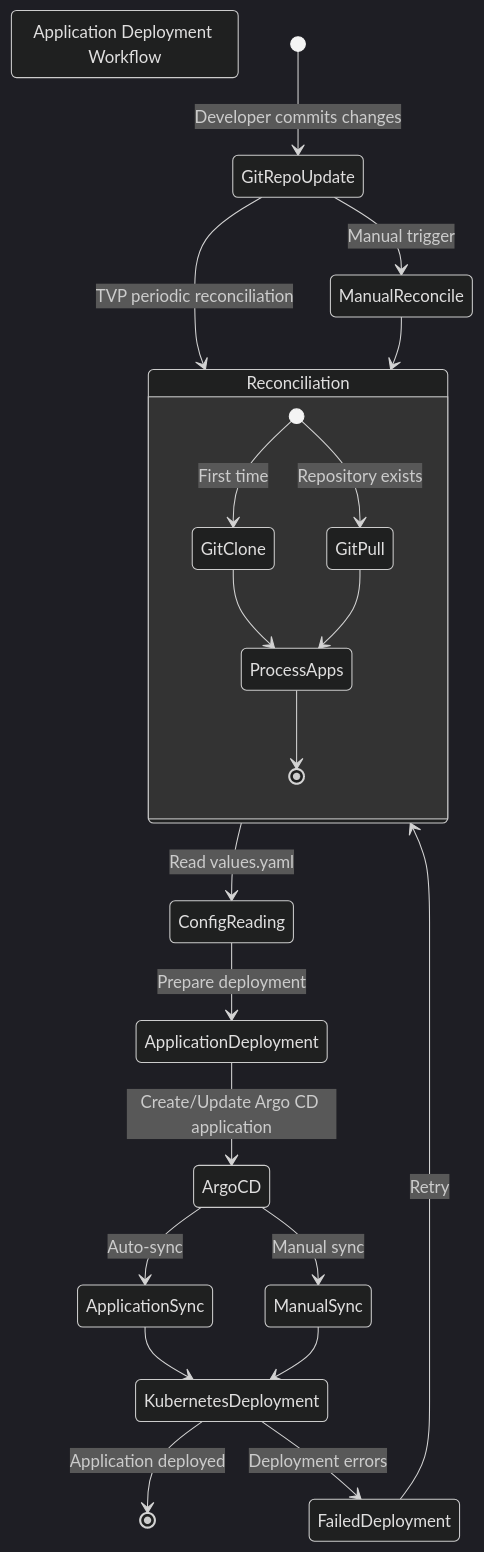
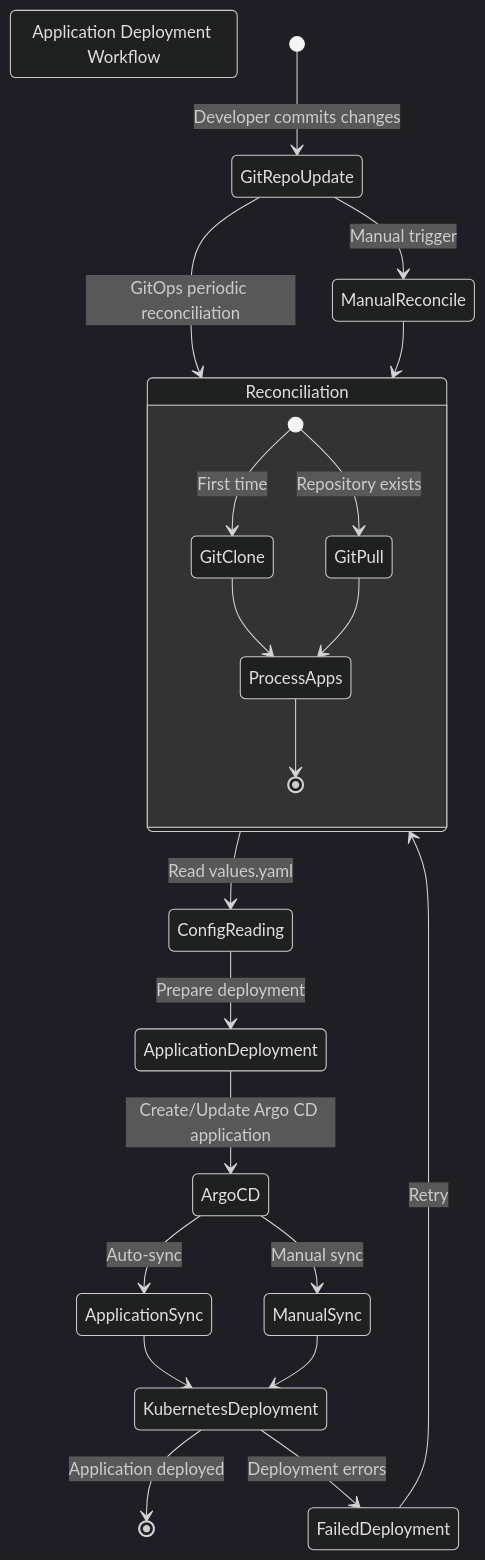
One commit to lloydchang/tvp-k8s changed the diagram in python/mermaid/app-deployment-workflow.mermaid. Above: the diagram before and after it, drawn with Mermaid (dark theme). The commit also changed 15 other files, not shown here.

```diff
--- a/python/mermaid/app-deployment-workflow.mermaid
+++ b/python/mermaid/app-deployment-workflow.mermaid
@@ -1,30 +1,30 @@
 stateDiagram-v2
     title: Application Deployment Workflow
     [*] --> GitRepoUpdate: Developer commits changes
     
-    GitRepoUpdate --> Reconciliation: TVP periodic reconciliation
+    GitRepoUpdate --> Reconciliation: GitOps periodic reconciliation
     GitRepoUpdate --> ManualReconcile: Manual trigger
     
     ManualReconcile --> Reconciliation
     
     Reconciliation --> ConfigReading: Read values.yaml
     ConfigReading --> ApplicationDeployment: Prepare deployment
     ApplicationDeployment --> ArgoCD: Create/Update Argo CD application
     
     ArgoCD --> ApplicationSync: Auto-sync
     ArgoCD --> ManualSync: Manual sync
     
     ApplicationSync --> KubernetesDeployment
     ManualSync --> KubernetesDeployment
     
     KubernetesDeployment --> [*]: Application deployed
     KubernetesDeployment --> FailedDeployment: Deployment errors
     FailedDeployment --> Reconciliation: Retry
     
     state Reconciliation {
         [*] --> GitClone: First time
         [*] --> GitPull: Repository exists
         GitClone --> ProcessApps
         GitPull --> ProcessApps
         ProcessApps --> [*]
     }
```
